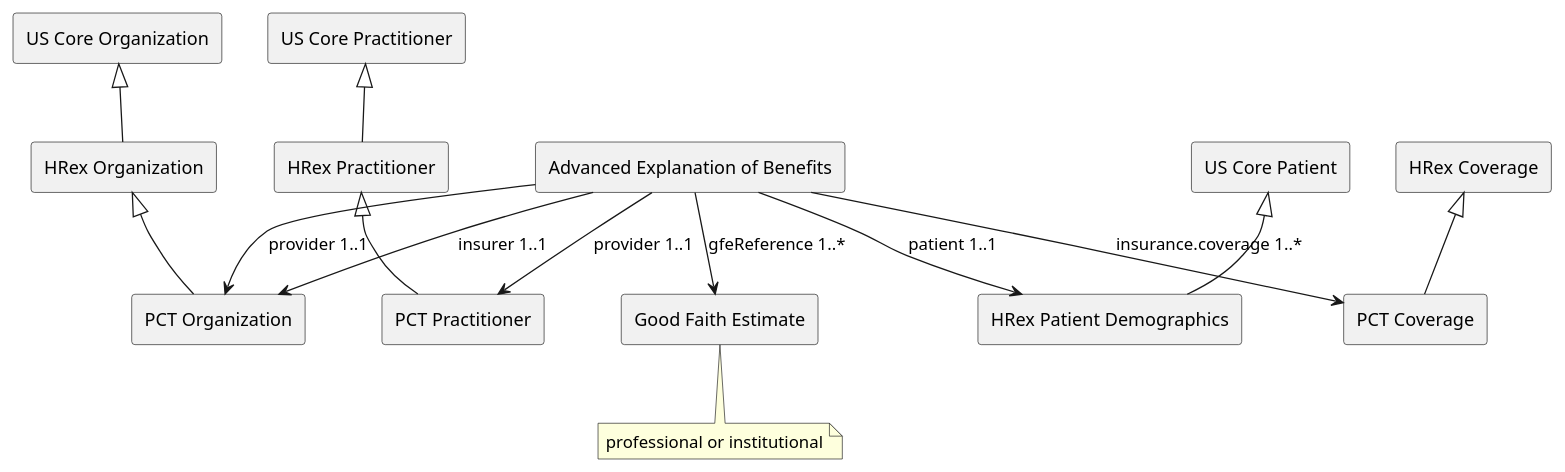
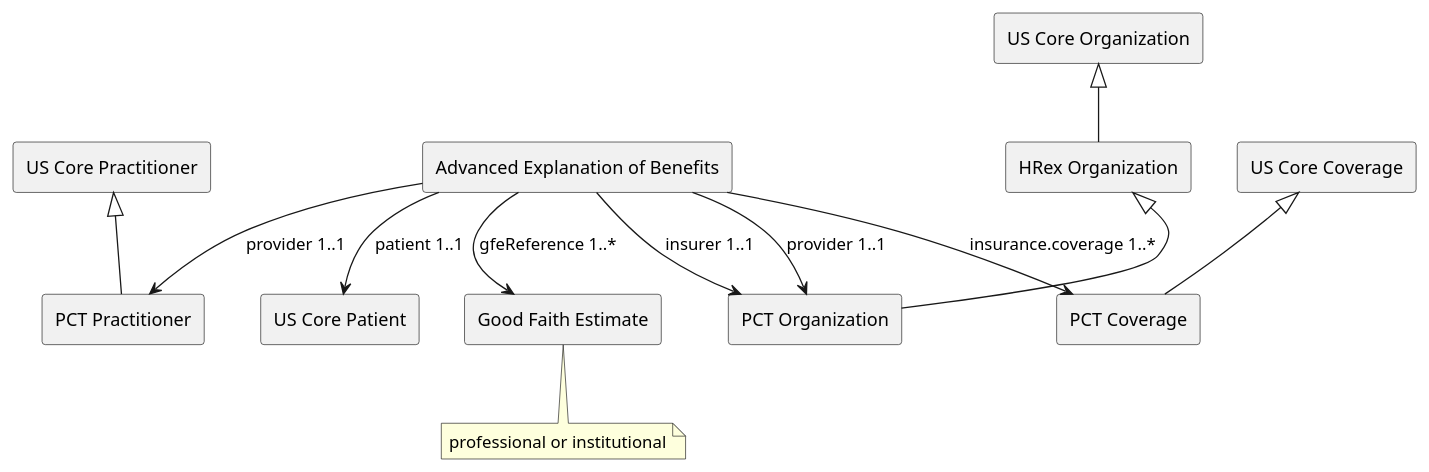
The diagram in input/images-source/aeob.plantuml (HL7/davinci-pct), drawn with PlantUML before and after one commit. The commit also changed 50 other files, not shown here.

```diff
--- a/input/images-source/aeob.plantuml
+++ b/input/images-source/aeob.plantuml
@@ -1,27 +1,23 @@
 @startuml
     agent "PCT Organization" as pctorganization
     agent "HRex Organization" as hrexorganization
     agent "US Core Organization" as uscoreorganization
     agent "PCT Practitioner" as pctpractitioner
-    agent "HRex Practitioner" as hrexpractitioner
     agent "US Core Practitioner" as uscorepractitioner
     agent "PCT Coverage" as pctcoverage
-    agent "HRex Coverage" as hrexcoverage
+    agent "US Core Coverage" as uscorecoverage
     agent "US Core Patient" as uscorepatient
-    agent "HRex Patient Demographics" as hrexpatient
     agent "Advanced Explanation of Benefits" as aeob
     agent "Good Faith Estimate" as gfe
 	note bottom: professional or institutional
-    hrexcoverage <|-- pctcoverage
-    uscorepatient <|-- hrexpatient
-    uscorepractitioner <|-- hrexpractitioner
-    hrexpractitioner <|-- pctpractitioner
+    uscorecoverage <|-- pctcoverage
+    uscorepractitioner <|-- pctpractitioner
     uscoreorganization <|-- hrexorganization
     hrexorganization <|-- pctorganization
-	aeob --> hrexpatient: "patient 1..1"
+	aeob --> uscorepatient: "patient 1..1"
 	aeob --> pctcoverage: "insurance.coverage 1..*"
 	aeob --> pctpractitioner: "provider 1..1"
 	aeob --> pctorganization: "provider 1..1"
 	aeob --> pctorganization: "insurer 1..1"
 	aeob --> gfe: "gfeReference 1..*"
 @enduml
```
